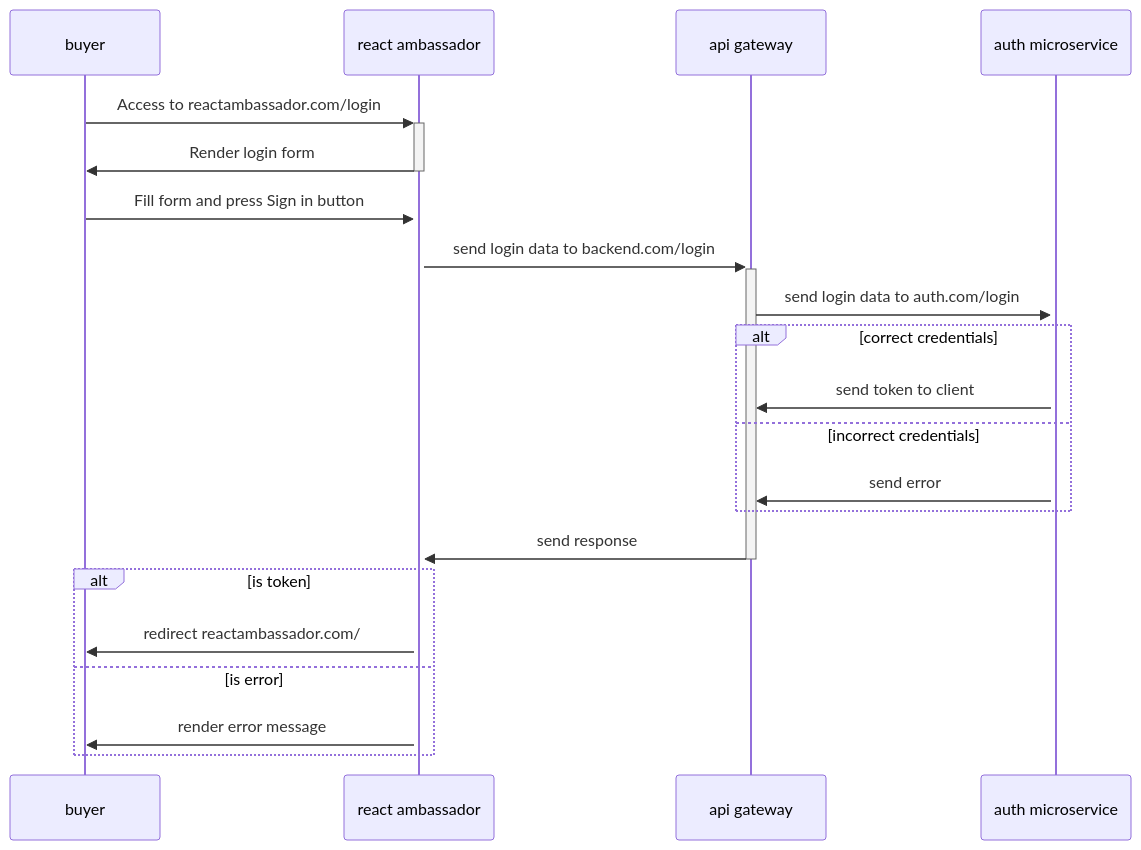
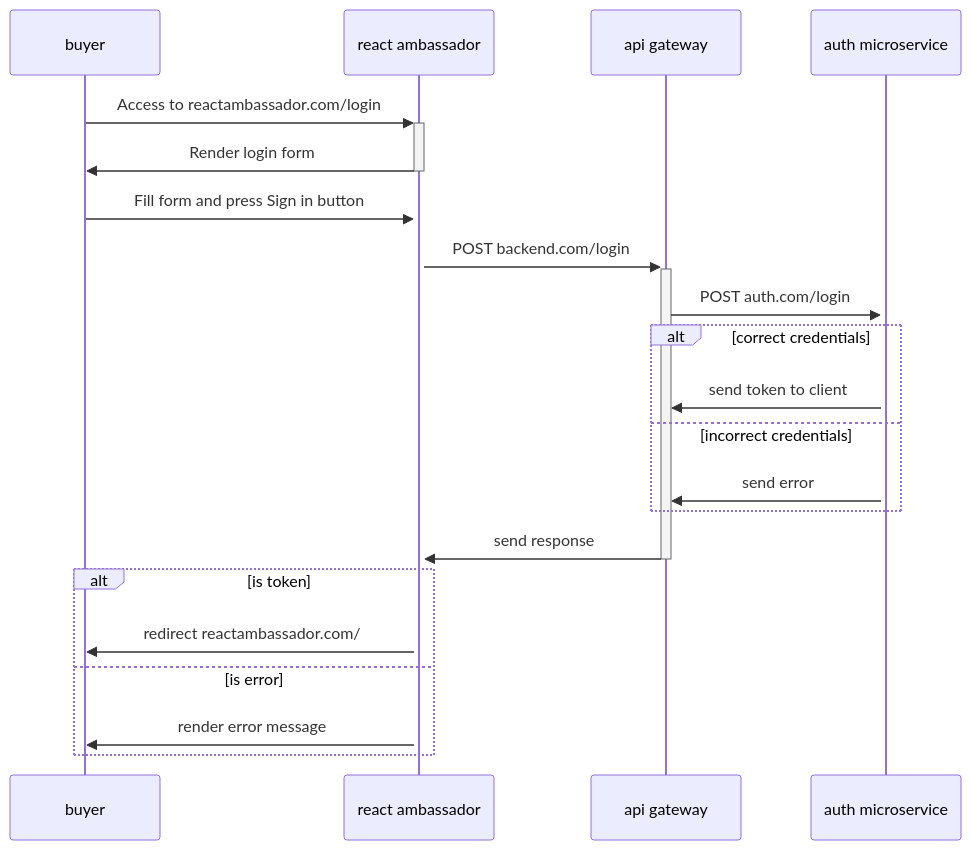
Before and after one commit to samuVillegas/architecture-diagrams: the diagram in login.mmd, drawn with Mermaid.

```diff
--- a/login.mmd
+++ b/login.mmd
@@ -1,17 +1,17 @@
 sequenceDiagram
     buyer->>+react ambassador: Access to reactambassador.com/login
     react ambassador ->>-buyer: Render login form
     buyer->>+react ambassador: Fill form and press Sign in button
-    react ambassador->>+api gateway: send login data to backend.com/login
-    api gateway->>+auth microservice: send login data to auth.com/login
+    react ambassador->>+api gateway: POST backend.com/login
+    api gateway->>+auth microservice: POST auth.com/login
     alt correct credentials
         auth microservice->>api gateway: send token to client
     else incorrect credentials
         auth microservice->>api gateway: send error
     end
     api gateway->>-react ambassador: send response
     alt is token
         react ambassador->>buyer: redirect reactambassador.com/
     else is error
         react ambassador->>buyer: render error message
     end
```
